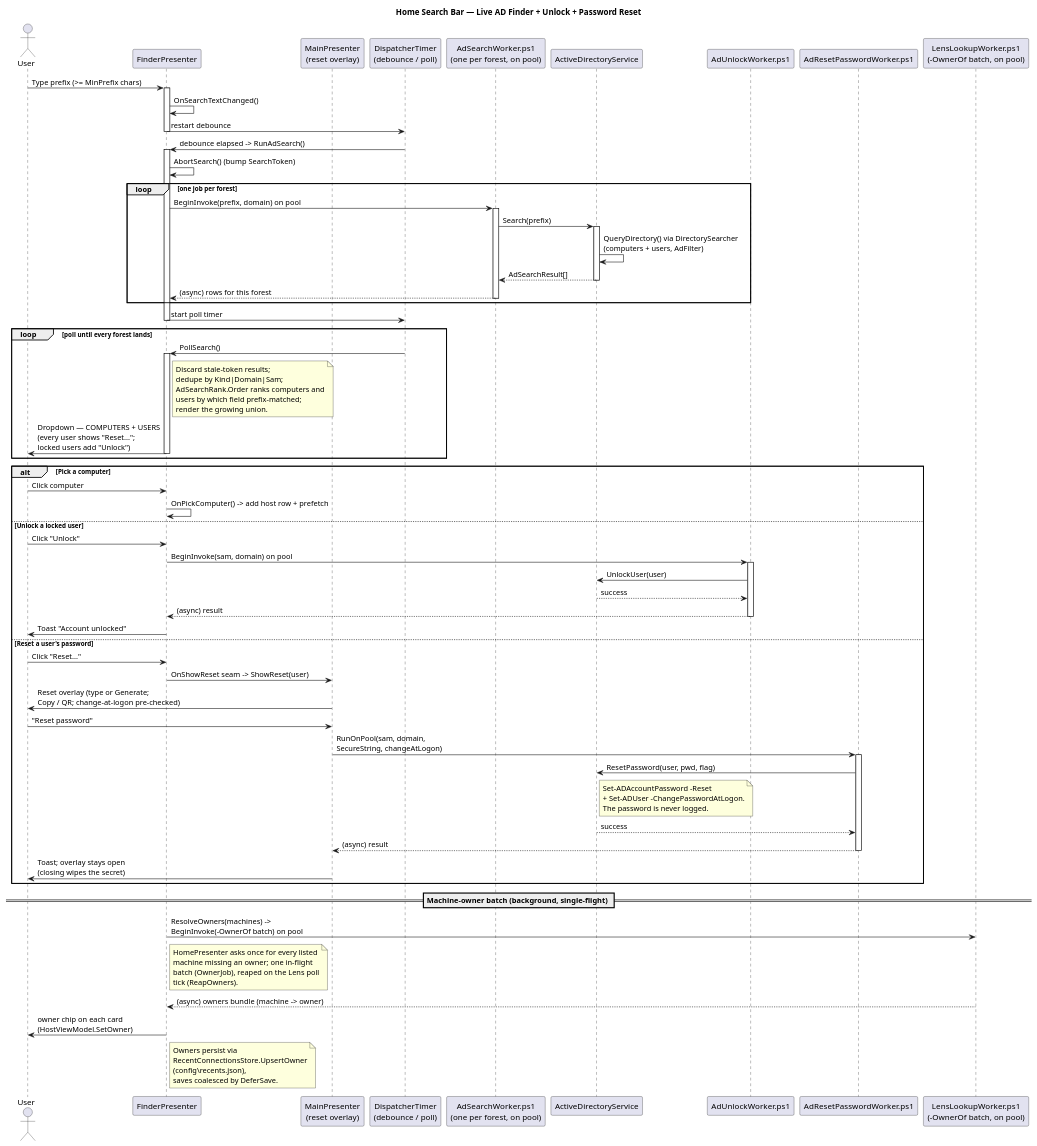
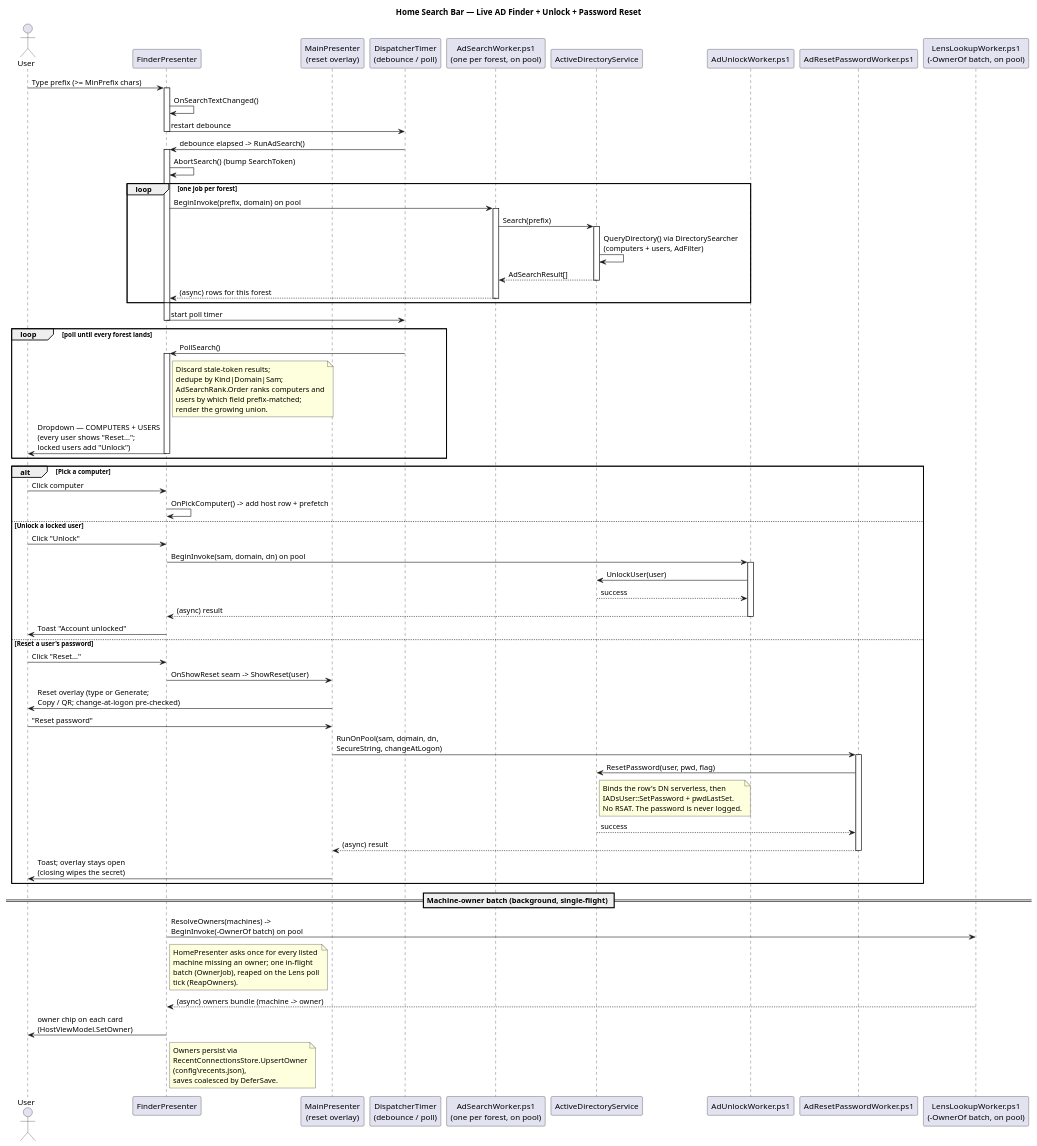
Before and after one commit to Danial-Changez/DONUT: the diagram in docs/diagrams/ad_finder_sequence_diagram.puml, drawn with PlantUML. The commit also changed 2 other files, not shown here.

Commit message:
docs: the diagrams catch up with the LDAP unlock and reset
The class diagram still showed the seams taking a SAM and a domain, and the
finder sequence still named Set-ADAccountPassword and Set-ADUser, which are the
two cmdlets that no longer run. Both now describe the DN bind that replaced
them, and ResetPasswordViewModel carries the TargetDn that reaches the worker.

NetworkProbe needed nothing: its diagram lists the resolution surface, and the
discovery seam that went was never drawn.

```diff
--- a/docs/diagrams/ad_finder_sequence_diagram.puml
+++ b/docs/diagrams/ad_finder_sequence_diagram.puml
@@ -1,78 +1,78 @@
 @startuml ad_finder_sequence_diagram
 title Home Search Bar — Live AD Finder + Unlock + Password Reset
 
 actor User
 participant "FinderPresenter" as Presenter
 participant "MainPresenter\n(reset overlay)" as Shell
 participant "DispatcherTimer\n(debounce / poll)" as Timer
 participant "AdSearchWorker.ps1\n(one per forest, on pool)" as Worker
 participant "ActiveDirectoryService" as AD
 participant "AdUnlockWorker.ps1" as Unlock
 participant "AdResetPasswordWorker.ps1" as Reset
 participant "LensLookupWorker.ps1\n(-OwnerOf batch, on pool)" as OwnerWorker
 
 User -> Presenter: Type prefix (>= MinPrefix chars)
 activate Presenter
 Presenter -> Presenter: OnSearchTextChanged()
 Presenter -> Timer: restart debounce
 deactivate Presenter
 
 Timer -> Presenter: debounce elapsed -> RunAdSearch()
 activate Presenter
 Presenter -> Presenter: AbortSearch() (bump SearchToken)
 loop one job per forest
     Presenter -> Worker: BeginInvoke(prefix, domain) on pool
     activate Worker
     Worker -> AD: Search(prefix)
     activate AD
     AD -> AD: QueryDirectory() via DirectorySearcher\n(computers + users, AdFilter)
     AD --> Worker: AdSearchResult[]
     deactivate AD
     Worker --> Presenter: (async) rows for this forest
     deactivate Worker
 end
 Presenter -> Timer: start poll timer
 deactivate Presenter
 
 loop poll until every forest lands
     Timer -> Presenter: PollSearch()
     activate Presenter
     note right of Presenter: Discard stale-token results;\ndedupe by Kind|Domain|Sam;\nAdSearchRank.Order ranks computers and\nusers by which field prefix-matched;\nrender the growing union.
     Presenter -> User: Dropdown — COMPUTERS + USERS\n(every user shows "Reset...";\nlocked users add "Unlock")
     deactivate Presenter
 end
 
 alt Pick a computer
     User -> Presenter: Click computer
     Presenter -> Presenter: OnPickComputer() -> add host row + prefetch
 else Unlock a locked user
     User -> Presenter: Click "Unlock"
-    Presenter -> Unlock: BeginInvoke(sam, domain) on pool
+    Presenter -> Unlock: BeginInvoke(sam, domain, dn) on pool
     activate Unlock
     Unlock -> AD: UnlockUser(user)
     AD --> Unlock: success
     Unlock --> Presenter: (async) result
     deactivate Unlock
     Presenter -> User: Toast "Account unlocked"
 else Reset a user's password
     User -> Presenter: Click "Reset..."
     Presenter -> Shell: OnShowReset seam -> ShowReset(user)
     Shell -> User: Reset overlay (type or Generate;\nCopy / QR; change-at-logon pre-checked)
     User -> Shell: "Reset password"
-    Shell -> Reset: RunOnPool(sam, domain,\nSecureString, changeAtLogon)
+    Shell -> Reset: RunOnPool(sam, domain, dn,\nSecureString, changeAtLogon)
     activate Reset
     Reset -> AD: ResetPassword(user, pwd, flag)
-    note right of AD: Set-ADAccountPassword -Reset\n+ Set-ADUser -ChangePasswordAtLogon.\nThe password is never logged.
+    note right of AD: Binds the row's DN serverless, then\nIADsUser::SetPassword + pwdLastSet.\nNo RSAT. The password is never logged.
     AD --> Reset: success
     Reset --> Shell: (async) result
     deactivate Reset
     Shell -> User: Toast; overlay stays open\n(closing wipes the secret)
 end
 
 == Machine-owner batch (background, single-flight) ==
 Presenter -> OwnerWorker: ResolveOwners(machines) ->\nBeginInvoke(-OwnerOf batch) on pool
 note right of Presenter: HomePresenter asks once for every listed\nmachine missing an owner; one in-flight\nbatch (OwnerJob), reaped on the Lens poll\ntick (ReapOwners).
 OwnerWorker --> Presenter: (async) owners bundle (machine -> owner)
 Presenter -> User: owner chip on each card\n(HostViewModel.SetOwner)
 note right of Presenter: Owners persist via\nRecentConnectionsStore.UpsertOwner\n(config\\recents.json),\nsaves coalesced by DeferSave.
 @enduml
```
